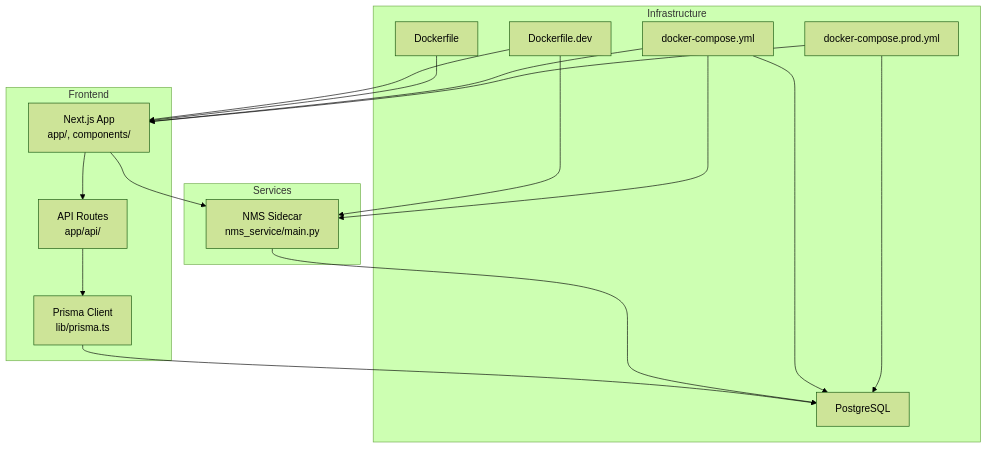
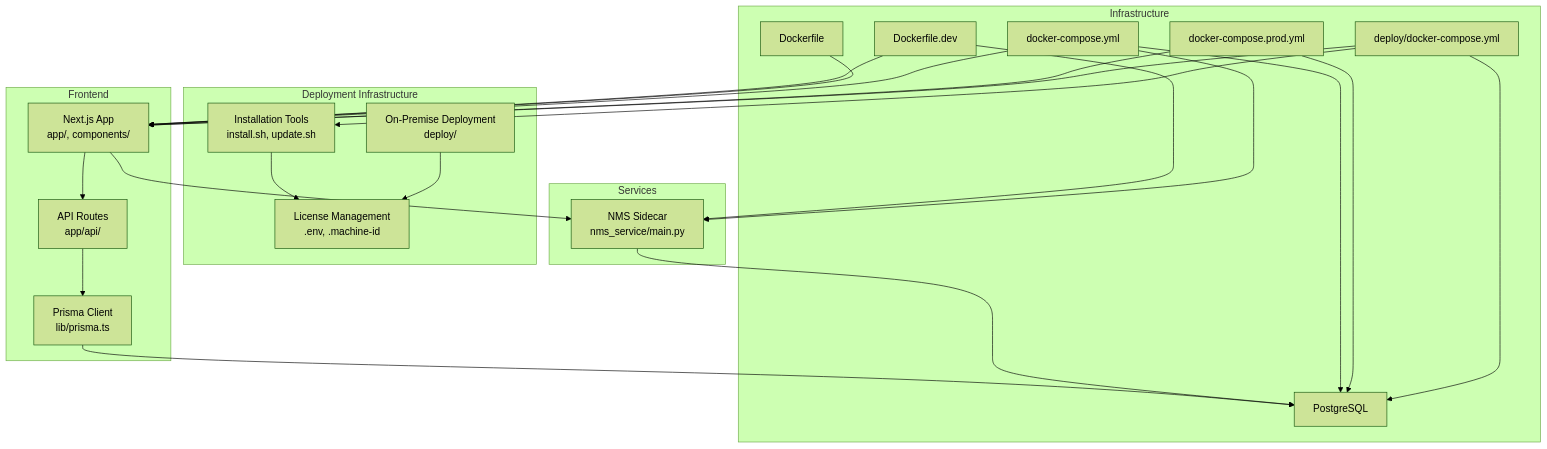
Before and after one commit to celebigilfatih/infrascope: the first of 6 diagrams in .qoder/repowiki/en/content/Development & Deployment/Development & Deployment.md, drawn with Mermaid (forest theme). The commit also changed other lines of this file and 12 other files, not shown here.

First line of the commit message:
feat(api): add authentication, license management, and enhanced security middleware

````diff
--- a/.qoder/repowiki/en/content/Development & Deployment/Development & Deployment.md
+++ b/.qoder/repowiki/en/content/Development & Deployment/Development & Deployment.md
@@ -48,31 +61,42 @@
 ```mermaid
 graph TB
 subgraph "Frontend"
 WEB["Next.js App<br/>app/, components/"]
 API["API Routes<br/>app/api/"]
 PRISMA["Prisma Client<br/>lib/prisma.ts"]
 end
 subgraph "Services"
 NMS["NMS Sidecar<br/>nms_service/main.py"]
 end
+subgraph "Deployment Infrastructure"
+DEPLOY["On-Premise Deployment<br/>deploy/"]
+INSTALL["Installation Tools<br/>install.sh, update.sh"]
+LICENSE["License Management<br/>.env, .machine-id"]
+end
 subgraph "Infrastructure"
 DB["PostgreSQL"]
 DOCKER_DEV["Dockerfile.dev"]
 DOCKER_PROD["Dockerfile"]
 DC_DEV["docker-compose.yml"]
 DC_PROD["docker-compose.prod.yml"]
+DC_DEPLOY["deploy/docker-compose.yml"]
 end
 WEB --> API
 API --> PRISMA
 PRISMA --> DB
 WEB --> NMS
 NMS --> DB
 DOCKER_DEV --> WEB
 DOCKER_DEV --> NMS
 DOCKER_PROD --> WEB
 DC_DEV --> DB
 DC_DEV --> WEB
 DC_DEV --> NMS
 DC_PROD --> DB
 DC_PROD --> WEB
+DC_DEPLOY --> DB
+DC_DEPLOY --> WEB
+DC_DEPLOY --> INSTALL
+INSTALL --> LICENSE
+DEPLOY --> LICENSE
 ```
````
